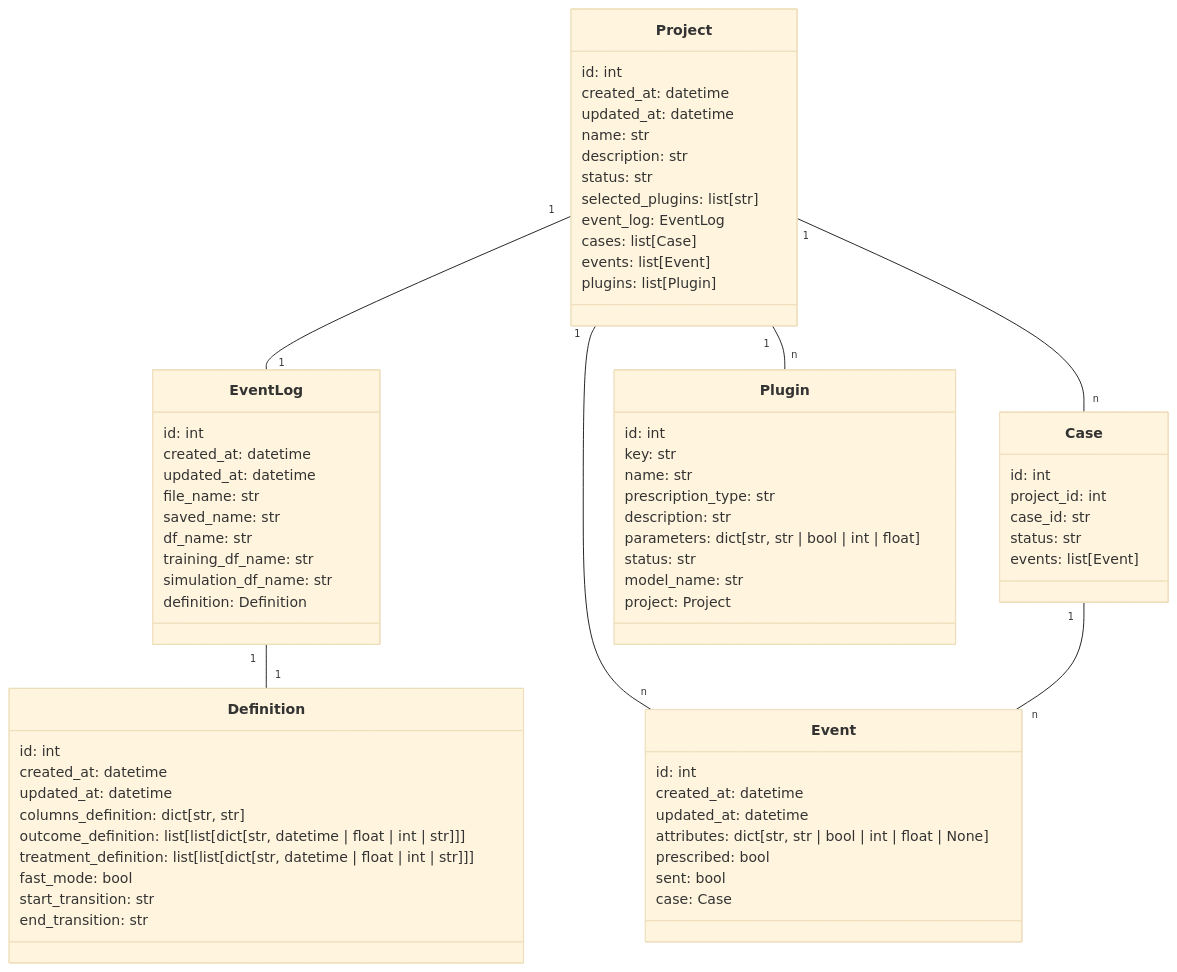
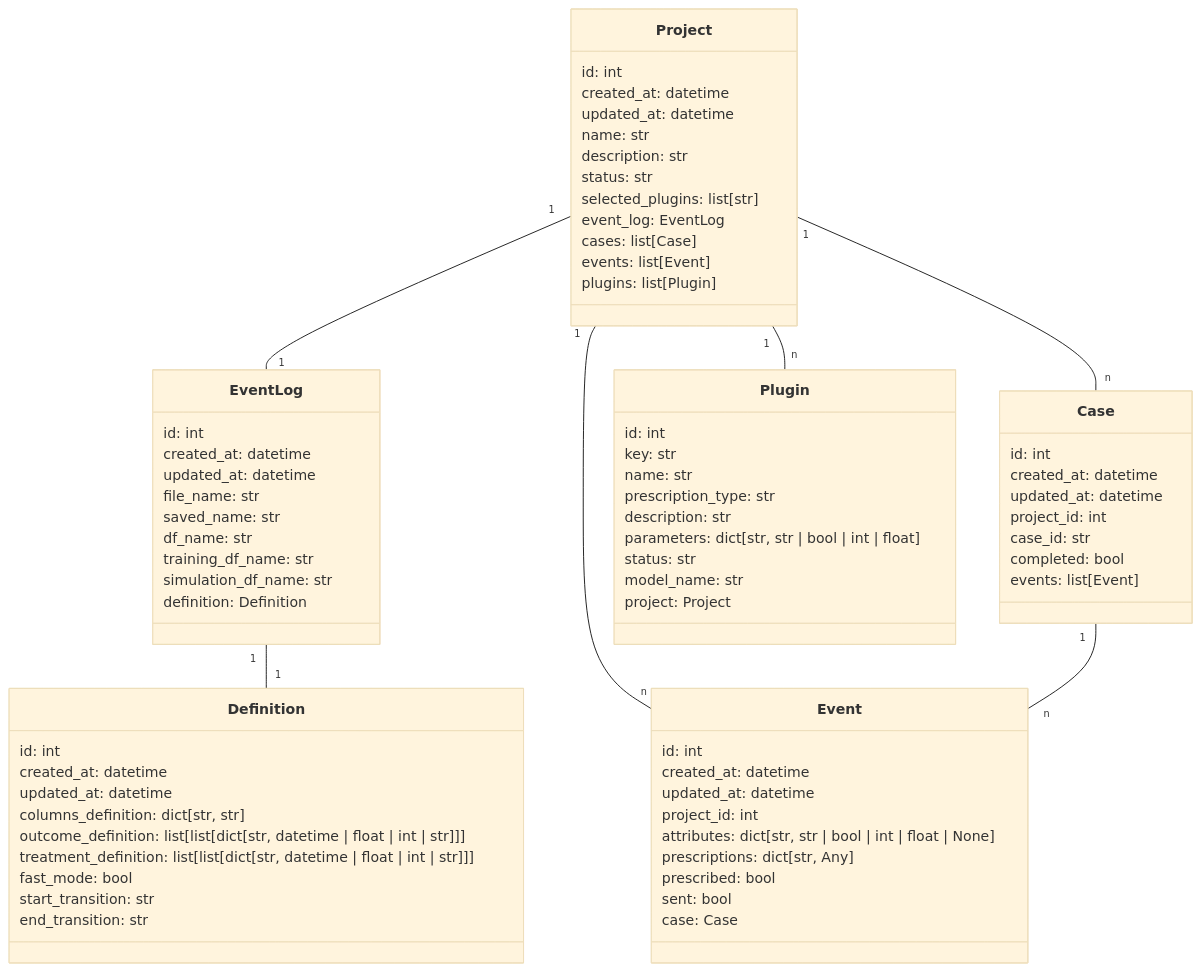
The diagram in content/development/core/_index.md (prcore/docs), drawn with Mermaid (base theme) before and after one commit. The commit also changed 1 other file, not shown here.

Commit message:
Site updated E 13 veebr 2023 06:43:40 EET ...

```diff
--- a/content/development/core/_index.md
+++ b/content/development/core/_index.md
@@ -12,77 +12,81 @@
 {{< mermaid class="text-center" >}}
 classDiagram
     class EventLog {
         id: int
         created_at: datetime
         updated_at: datetime
         file_name: str
         saved_name: str
         df_name: str
         training_df_name: str
         simulation_df_name: str
         definition: Definition
     }
 
     class Definition {
         id: int
         created_at: datetime
         updated_at: datetime
         columns_definition: dict[str, str]
         outcome_definition: list[list[dict[str, datetime | float | int | str]]]
         treatment_definition: list[list[dict[str, datetime | float | int | str]]]
         fast_mode: bool
         start_transition: str
         end_transition: str
     }
 
     class Project {
         id: int
         created_at: datetime
         updated_at: datetime
         name: str
         description: str
         status: str
         selected_plugins: list[str]
         event_log: EventLog
         cases: list[Case]
         events: list[Event]
         plugins: list[Plugin]
     }
 
     class Case{
         id: int
+        created_at: datetime
+        updated_at: datetime
         project_id: int
         case_id: str
-        status: str
+        completed: bool
         events: list[Event]
     }
 
     class Event{
         id: int
         created_at: datetime
         updated_at: datetime
+        project_id: int
         attributes: dict[str, str | bool | int | float | None]
+        prescriptions: dict[str, Any]
         prescribed: bool
         sent: bool
         case: Case
     }
 
     class Plugin {
         id: int
         key: str
         name: str
         prescription_type: str
         description: str
         parameters: dict[str, str | bool | int | float]
         status: str
         model_name: str
         project: Project
     }
 
     EventLog "1" -- "1" Definition
     Project "1" -- "1" EventLog
     Project "1" -- "n" Case
     Project "1" -- "n" Event
     Case "1" -- "n" Event
     Project "1" -- "n" Plugin
 {{< /mermaid >}}
```
